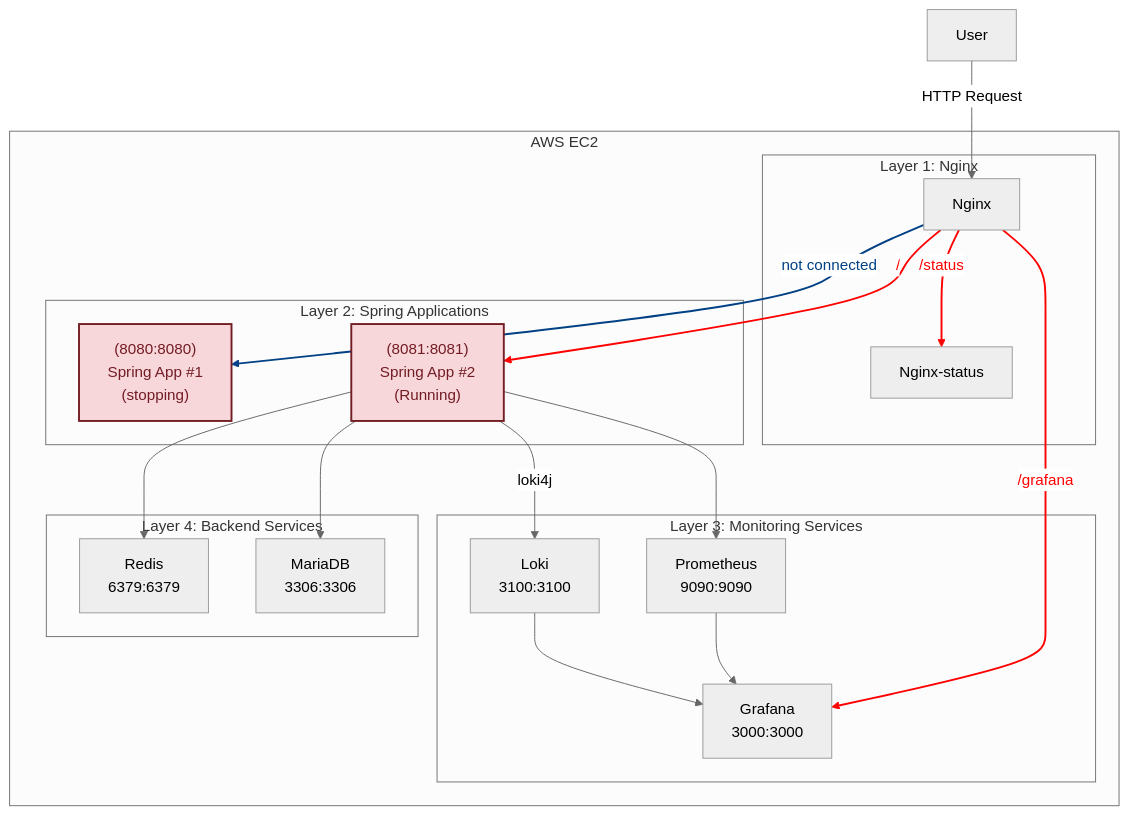
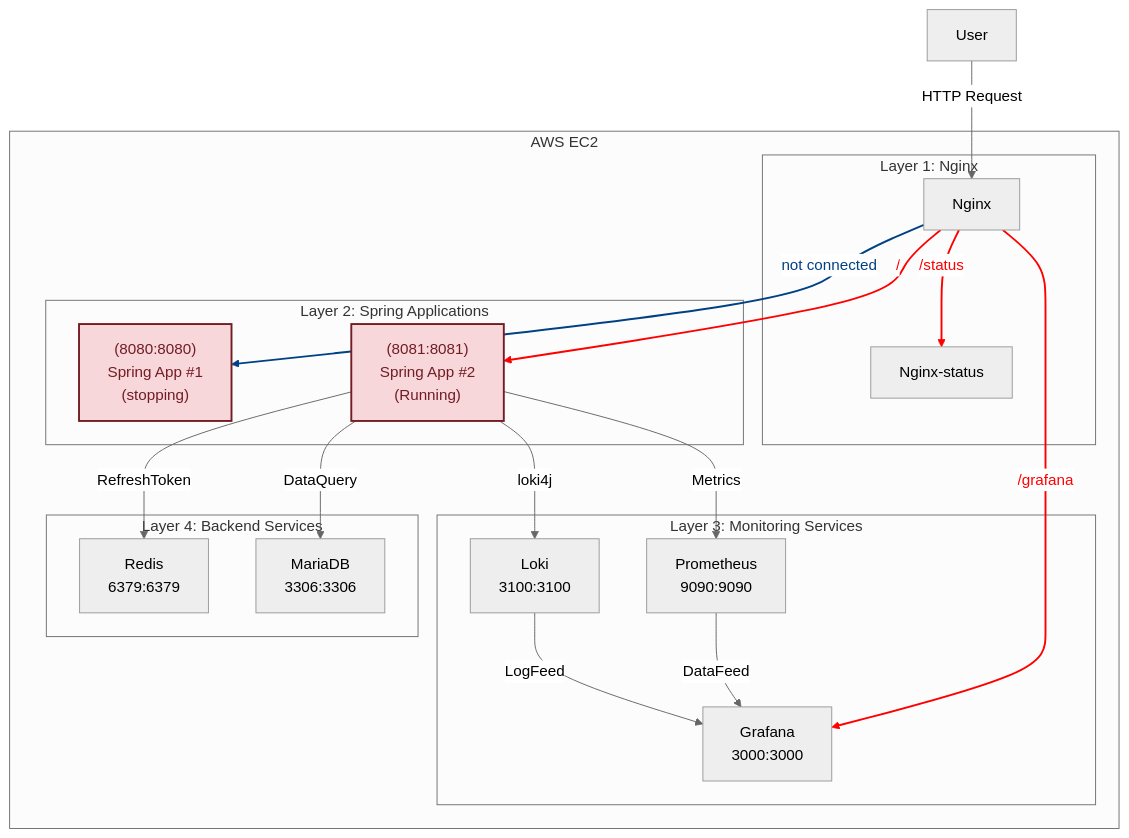
One commit to tape4/spring-cicd-template changed the fourth of 5 diagrams in README.md. Above: the diagram before and after it, drawn with Mermaid (neutral theme). The commit also changed other lines of this file, not shown here.

````diff
--- a/README.md
+++ b/README.md
@@ -195,60 +195,60 @@
 ```mermaid
 flowchart TD
 		%% 노드에 적용할 클래스 정의
     classDef redText fill:#f8d7da,stroke:#721c24,stroke-width:2px,color:#721c24;
     classDef blueText fill:#cce5ff,stroke:#004085,stroke-width:2px,color:#004085;
     
     %% 외부 사용자 노드
     U[User]
 
     %% AWS EC2 내 시스템 전체를 묶는 서브그래프
     subgraph "AWS EC2"
         %% Layer 1: Nginx
         subgraph "Layer 1: Nginx"
           N[Nginx]
           NS[Nginx-status]
         end
 
         %% Layer 2: Spring Applications
         subgraph "Layer 2: Spring Applications"
           S1["(8080:8080)<br/>Spring App #1<br/>(stopping)"]
           S2["(8081:8081)<br/>Spring App #2<br/>(Running)"]
 	        class S1 redText
 	        class S2 redText
         end
 
         %% Layer 3: Monitoring Services
         subgraph "Layer 3: Monitoring Services"
           P[Prometheus<br/>9090:9090]
           G[Grafana<br/>3000:3000]
           L[Loki<br/>3100:3100]
         end
 
         %% Layer 4: Backend Services
         subgraph "Layer 4: Backend Services"
           R[Redis<br/>6379:6379]
           D[MariaDB<br/>3306:3306]
         end
 
         %% 내부 연결
         N -- "not connected" --> S1
         N -- "/" --> S2
         N -- "/status" --> NS
         N -- "/grafana" --> G
 
-        S2 --> P
+        S2 -- "Metrics" --> P
         S2 -- "loki4j" --> L
-        S2 --> R
-        S2 --> D
+        S2 -- "RefreshToken" --> R
+        S2 -- "DataQuery" --> D
 
-        P --> G
-        L --> G
+	P -- "DataFeed" --> G
+	L -- "LogFeed" --> G
     end
 
     U -->|HTTP Request| N
     
     linkStyle 0 stroke:#004085, stroke-width:2px, color:#004085
     linkStyle 1 stroke:#ff0000, stroke-width:2px, color:#ff0000
     linkStyle 2 stroke:#ff0000, stroke-width:2px, color:#ff0000
     linkStyle 3 stroke:#ff0000, stroke-width:2px, color:#ff0000
 ```
````
